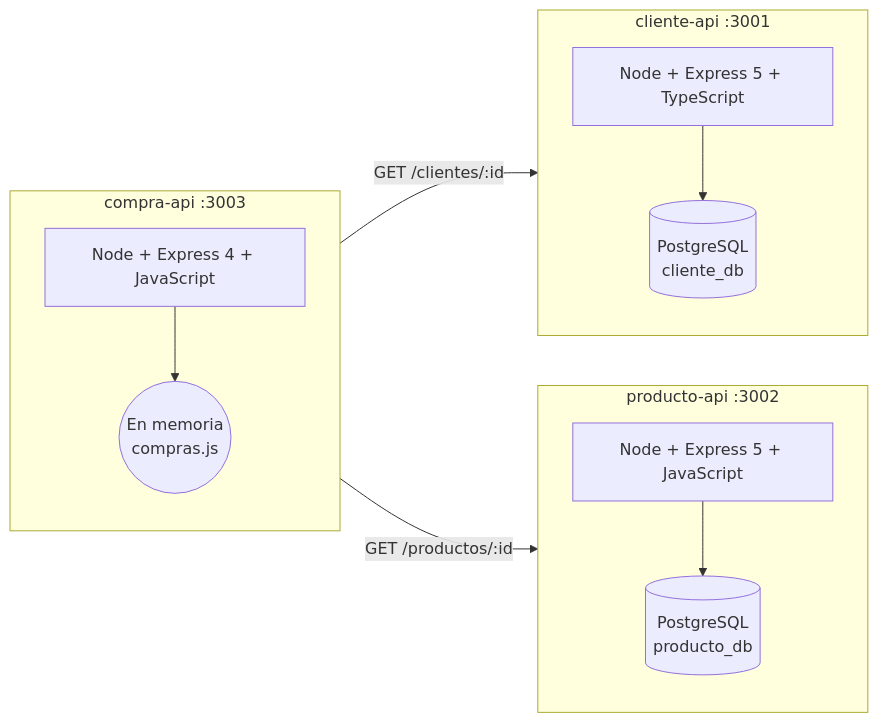
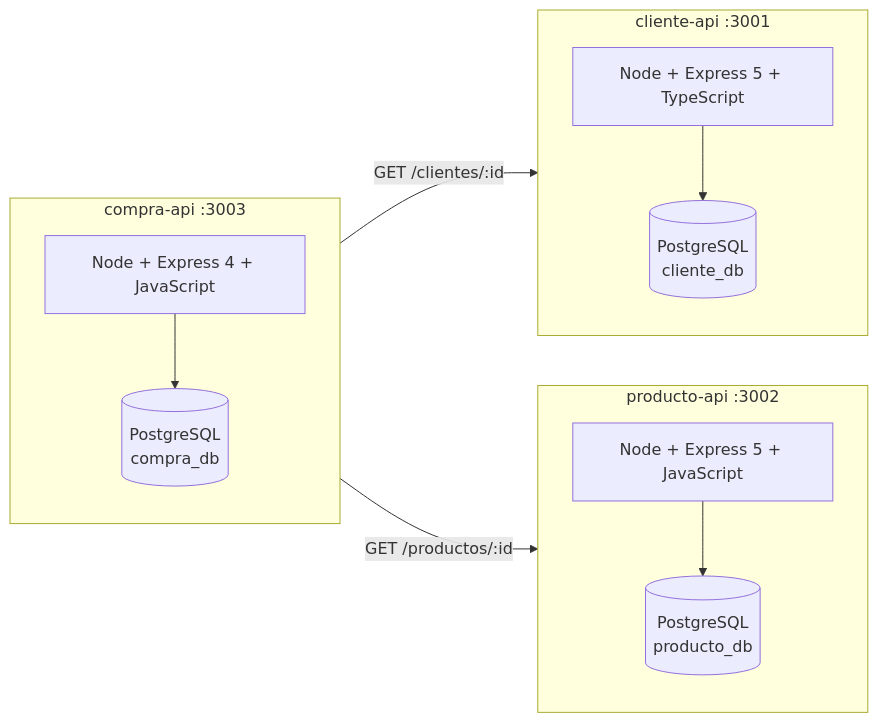
The diagram in README.md (LordGuafa/taller-microservicios), drawn with Mermaid before and after one commit. The commit also changed other lines of this file and 6 other files, not shown here.

````diff
--- a/README.md
+++ b/README.md
@@ -28,23 +28,23 @@
 ```mermaid
 flowchart LR
     subgraph cliente["cliente-api :3001"]
         C[Node + Express 5 + TypeScript]
         CDB[(PostgreSQL<br/>cliente_db)]
         C --> CDB
     end
 
     subgraph producto["producto-api :3002"]
         P[Node + Express 5 + JavaScript]
       PD[(PostgreSQL<br/>producto_db)]
         P --> PD
     end
 
     subgraph compra["compra-api :3003"]
         CO[Node + Express 4 + JavaScript]
-        CD((En memoria<br/>compras.js))
+        CD[(PostgreSQL<br/>compra_db)]
         CO --> CD
     end
 
     compra -- "GET /clientes/:id" --> cliente
     compra -- "GET /productos/:id" --> producto
 ```
````
